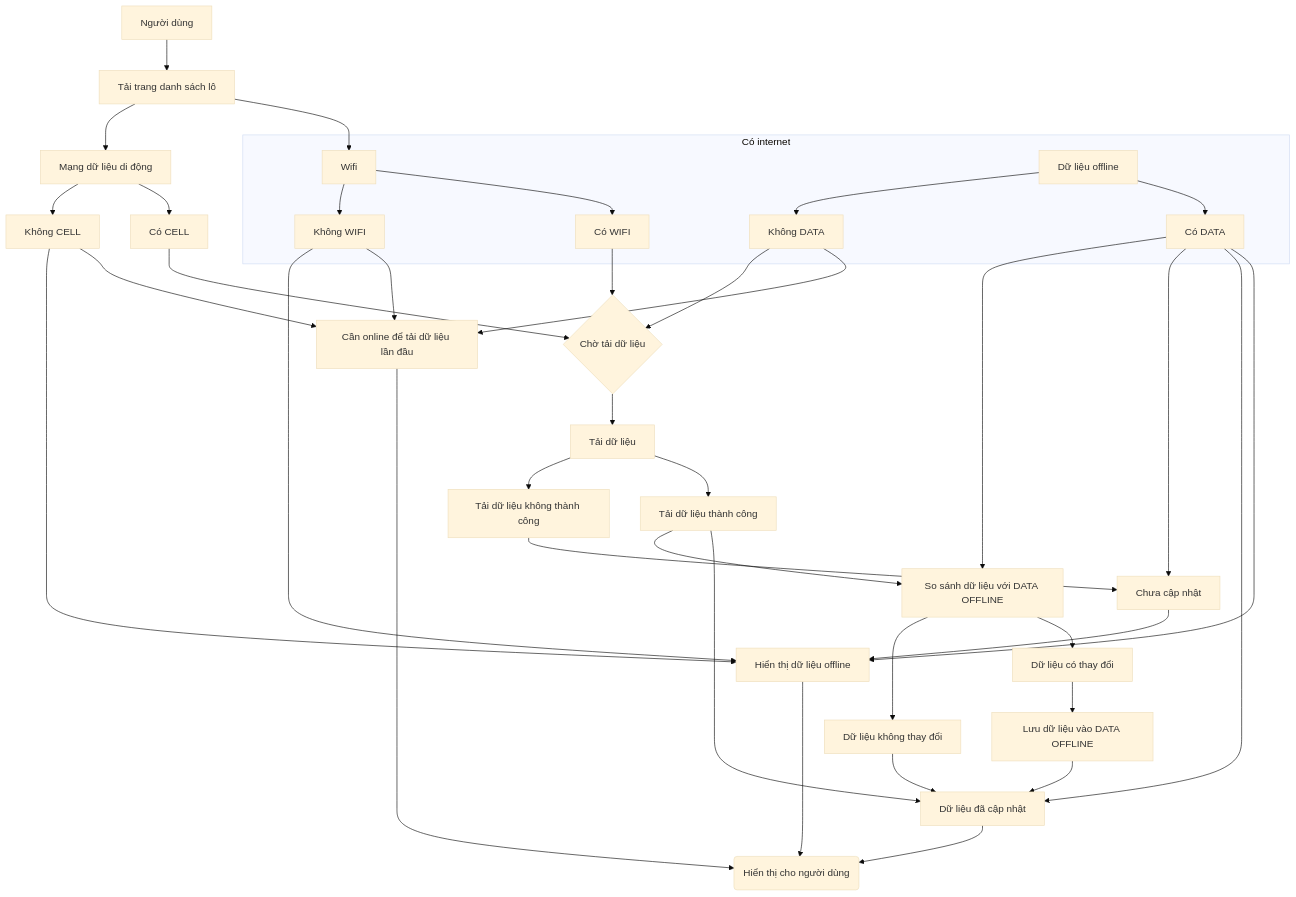
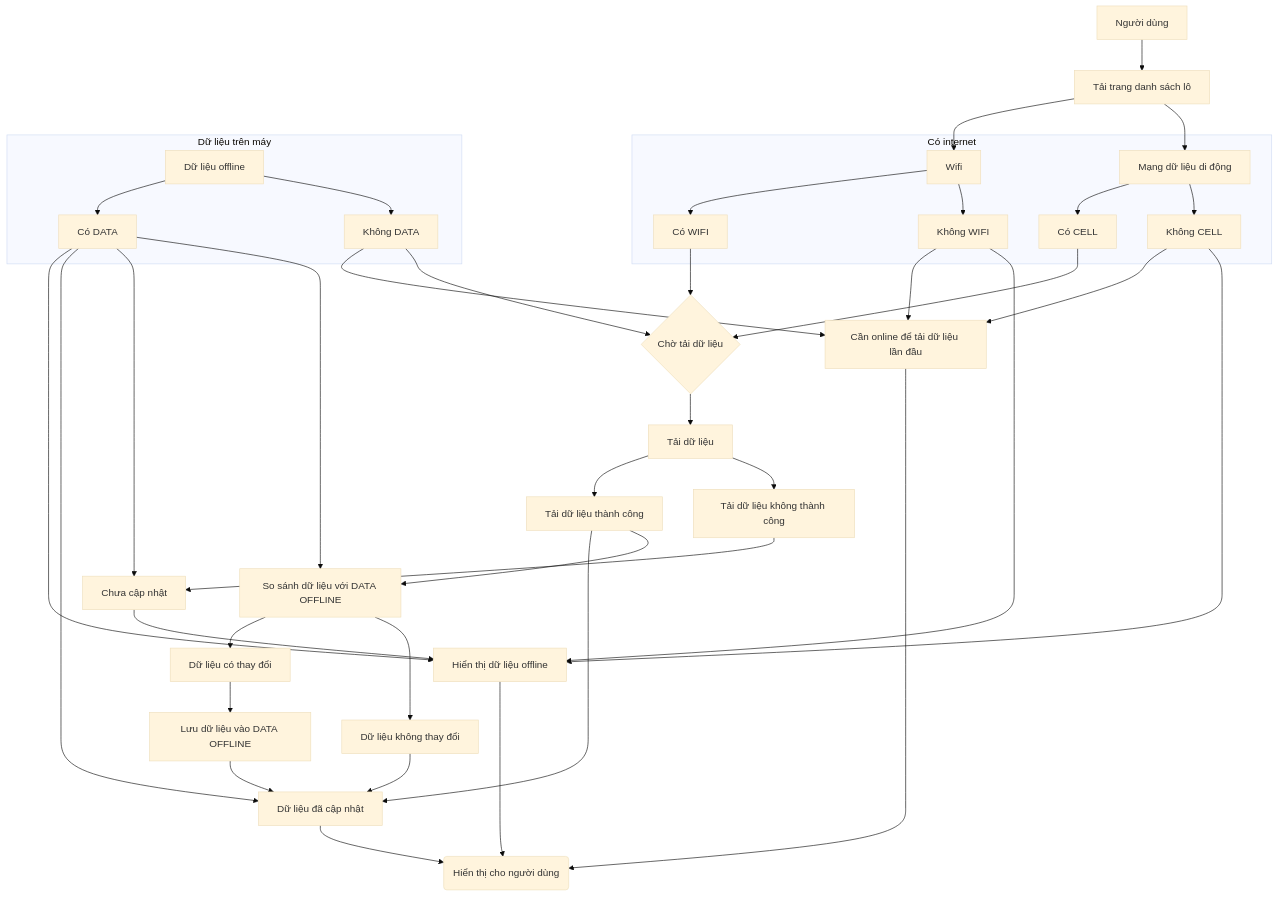
The diagram in docs/batches-flow.md (trethanhphat/tre-thanh-phat-pwa-docs), drawn with Mermaid (base theme) before and after one commit.

```diff
--- a/docs/batches-flow.md
+++ b/docs/batches-flow.md
@@ -10,19 +10,20 @@
 LOAD --> CELL
 
 
-CELL["Mạng dữ liệu di động"]
 
-CELL --> CELL-Y["Có CELL"]
-CELL --> CELL-N["Không CELL"]
 
 
 
 subgraph INTERNET["Có internet"]
-
+CELL["Mạng dữ liệu di động"]
+    CELL --> CELL-Y["Có CELL"]
+    CELL --> CELL-N["Không CELL"]
 WIFI["Wifi"]
     WIFI --> WIFI-Y["Có WIFI"]
     WIFI --> WIFI-N["Không WIFI"]
+end
 
+subgraph LOCAL["Dữ liệu trên máy"]
 DATA["Dữ liệu offline"]
     DATA --> DATA-Y["Có DATA"]
     DATA --> DATA-N["Không DATA"]
```
